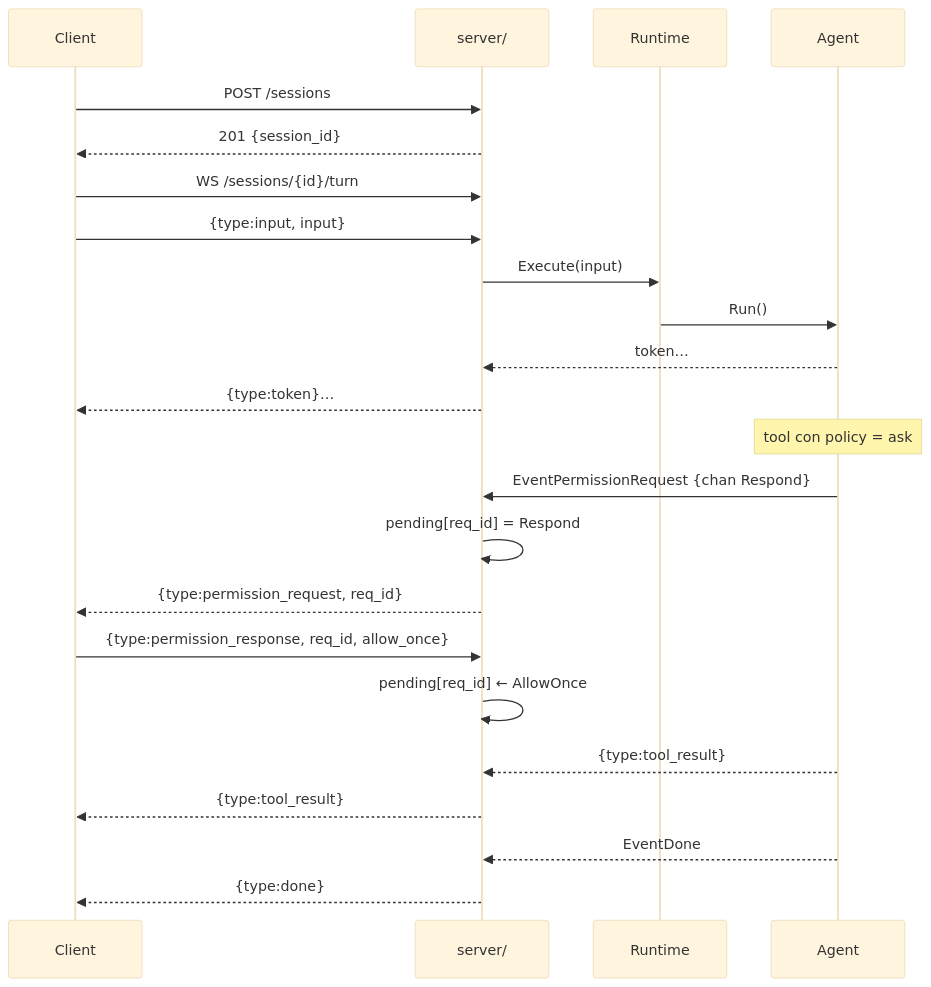
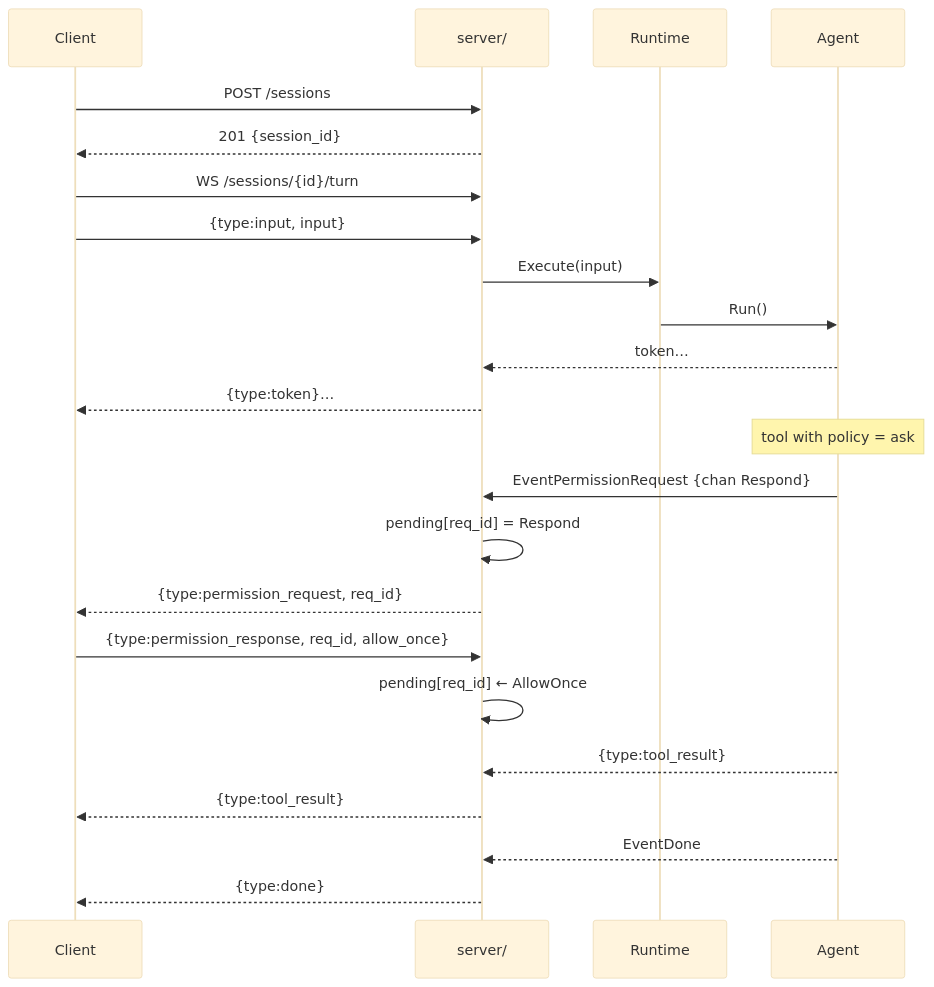
The second of 3 diagrams in docs/agent-server.md (Federicoand98/mani), drawn with Mermaid (base theme) before and after one commit. The commit also changed other lines of this file and 33 other files, not shown here.

````diff
--- a/docs/agent-server.md
+++ b/docs/agent-server.md
@@ -155,28 +191,28 @@
 ```mermaid
 sequenceDiagram
     participant C as Client
     participant S as server/
     participant R as Runtime
     participant A as Agent
 
     C->>S: POST /sessions
     S-->>C: 201 {session_id}
 
     C->>S: WS /sessions/{id}/turn
     C->>S: {type:input, input}
     S->>R: Execute(input)
     R->>A: Run()
     A-->>S: token…
     S-->>C: {type:token}…
 
-    Note over A: tool con policy = ask
+    Note over A: tool with policy = ask
     A->>S: EventPermissionRequest {chan Respond}
     S->>S: pending[req_id] = Respond
     S-->>C: {type:permission_request, req_id}
     C->>S: {type:permission_response, req_id, allow_once}
     S->>S: pending[req_id] ← AllowOnce
     A-->>S: {type:tool_result}
     S-->>C: {type:tool_result}
     A-->>S: EventDone
     S-->>C: {type:done}
 ```
````
